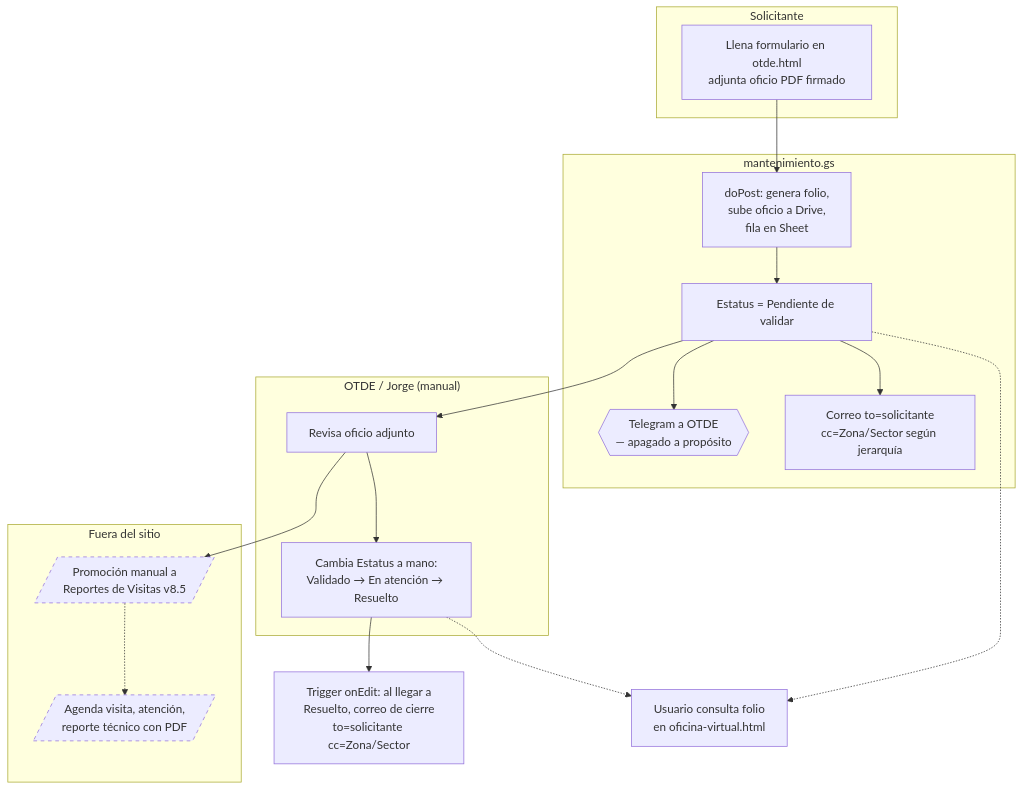
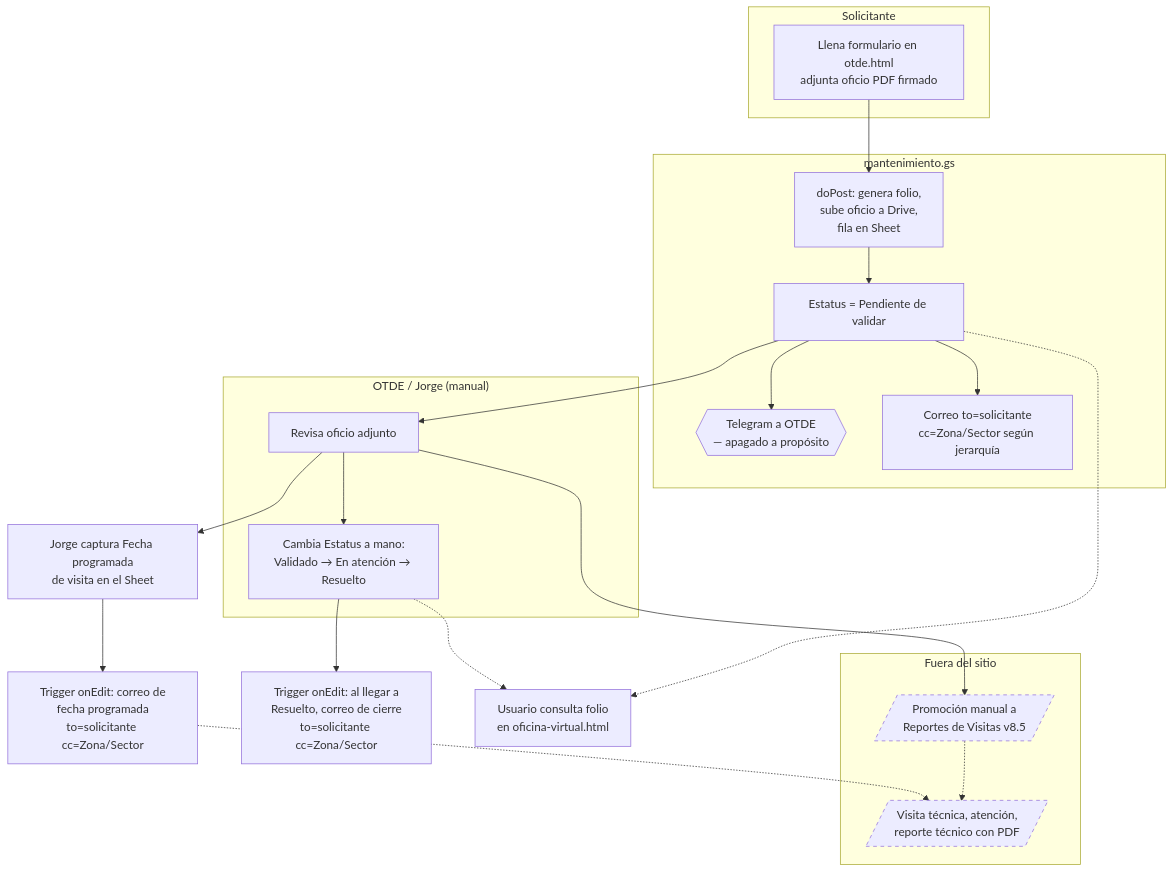
One commit to educaneza/seprn-sitio changed the first of 5 diagrams in docs/ARCHITECTURE.md. Above: the diagram before and after it, drawn with Mermaid. The commit also changed other lines of this file and 2 other files, not shown here.

````diff
--- a/docs/ARCHITECTURE.md
+++ b/docs/ARCHITECTURE.md
@@ -994,32 +1034,35 @@
 ```mermaid
 flowchart TD
     subgraph Solicitante
         A[Llena formulario en otde.html<br/>adjunta oficio PDF firmado]
     end
     subgraph Backend["mantenimiento.gs"]
         B[doPost: genera folio,<br/>sube oficio a Drive,<br/>fila en Sheet]
         C[Estatus = Pendiente de validar]
         D{{Telegram a OTDE<br/>— apagado a propósito}}
         E[Correo to=solicitante<br/>cc=Zona/Sector según jerarquía]
     end
     subgraph OTDE["OTDE / Jorge (manual)"]
         F[Revisa oficio adjunto]
         G[Cambia Estatus a mano:<br/>Validado → En atención → Resuelto]
     end
     subgraph Externo["Fuera del sitio"]
         H[/Promoción manual a<br/>Reportes de Visitas v8.5/]
-        I[/Agenda visita, atención,<br/>reporte técnico con PDF/]
+        I[/Visita técnica, atención,<br/>reporte técnico con PDF/]
     end
     J[Trigger onEdit: al llegar a<br/>Resuelto, correo de cierre<br/>to=solicitante cc=Zona/Sector]
     K[Usuario consulta folio<br/>en oficina-virtual.html]
+    L["Jorge captura Fecha programada<br/>de visita en el Sheet"]
+    M[Trigger onEdit: correo de<br/>fecha programada<br/>to=solicitante cc=Zona/Sector]
 
     A --> B --> C --> D
     C --> E
     C --> F --> H -.-> I
     F --> G --> J
+    F --> L --> M -.-> I
     C -.-> K
     G -.-> K
 
     classDef externo stroke-dasharray: 5 5
     class H,I externo
 ```
````
